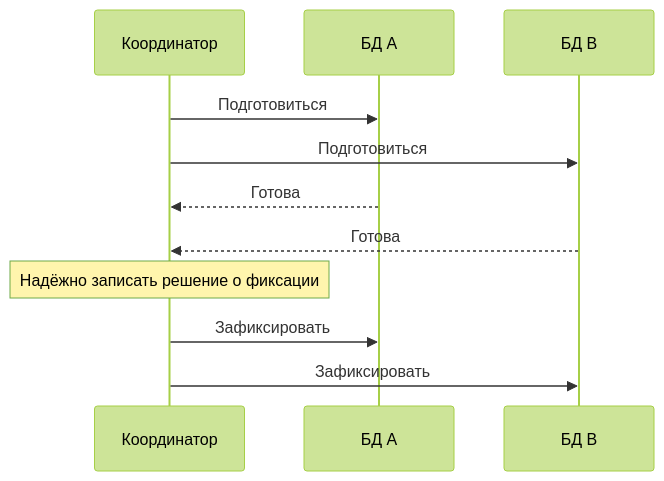
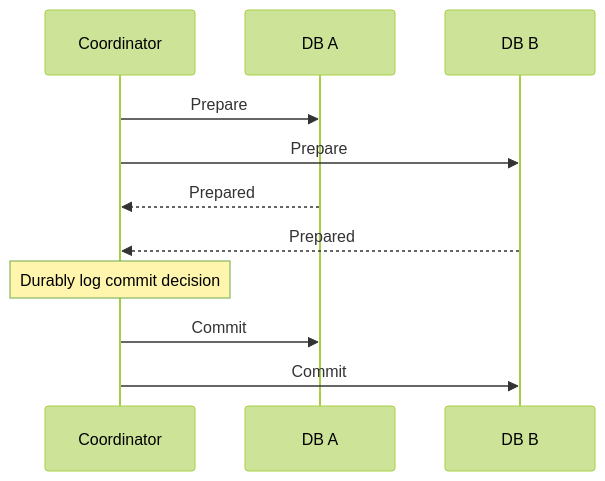
Before and after one commit to UsingCoding/rp-slides: the diagram in lectures/01-saga-intro/sections/01-introduction.md, drawn with Mermaid (forest theme). The commit also changed other lines of this file and 16 other files, not shown here.

````diff
--- a/lectures/01-saga-intro/sections/01-introduction.md
+++ b/lectures/01-saga-intro/sections/01-introduction.md
@@ -40,13 +25,13 @@
 ```mermaid
 sequenceDiagram
-    participant C as Координатор
-    participant A as БД A
-    participant B as БД B
-    C->>A: Подготовиться
-    C->>B: Подготовиться
-    A-->>C: Готова
-    B-->>C: Готова
-    Note over C: Надёжно записать решение о фиксации
-    C->>A: Зафиксировать
-    C->>B: Зафиксировать
+    participant C as Coordinator
+    participant A as DB A
+    participant B as DB B
+    C->>A: Prepare
+    C->>B: Prepare
+    A-->>C: Prepared
+    B-->>C: Prepared
+    Note over C: Durably log commit decision
+    C->>A: Commit
+    C->>B: Commit
 ```
````
